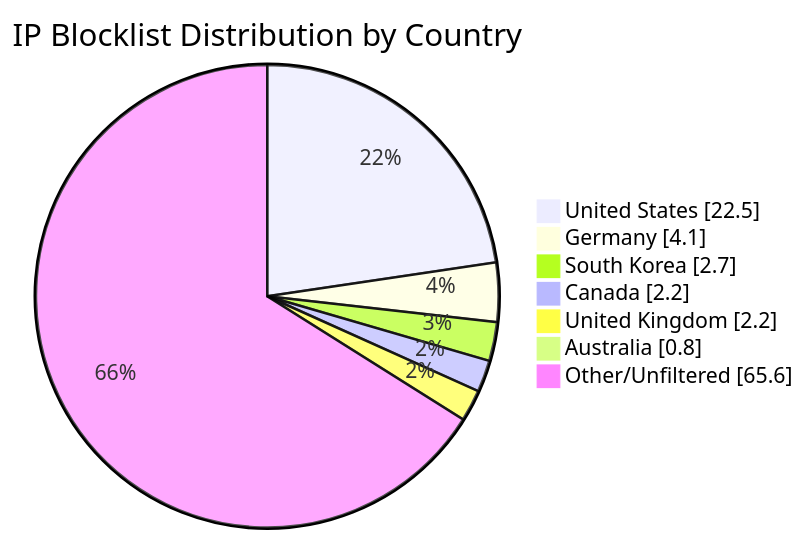
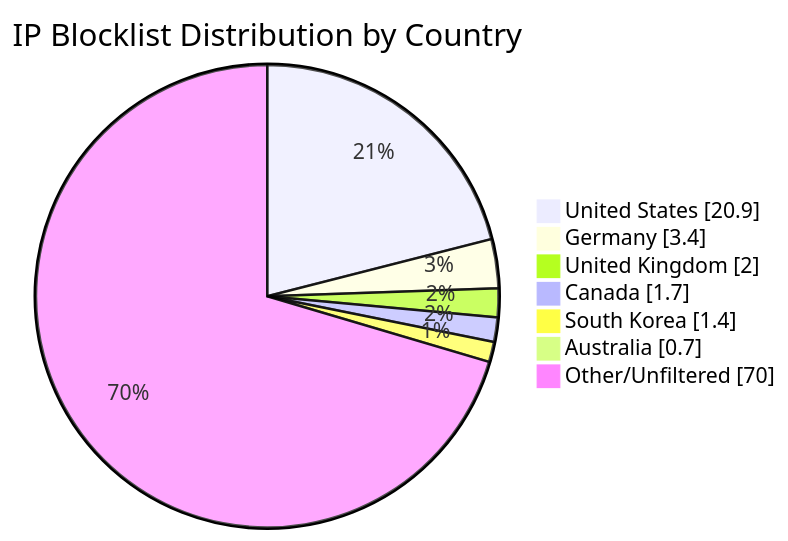
Before and after one commit to MarcusHoltz/ipblocklist-geofiltered-aggregator: the diagram in README.md, drawn with Mermaid. The commit also changed other lines of this file and 9 other files, not shown here.

````diff
--- a/README.md
+++ b/README.md
@@ -34,10 +34,10 @@
 ```mermaid
 pie showData title IP Blocklist Distribution by Country
-"United States" : 22.5
-"Germany" : 4.1
-"South Korea" : 2.7
-"Canada" : 2.2
-"United Kingdom" : 2.2
-"Australia" : 0.8
-"Other/Unfiltered" : 65.6
+"United States" : 20.9
+"Germany" : 3.4
+"United Kingdom" : 2.0
+"Canada" : 1.7
+"South Korea" : 1.4
+"Australia" : 0.7
+"Other/Unfiltered" : 70.0
 ```
````
